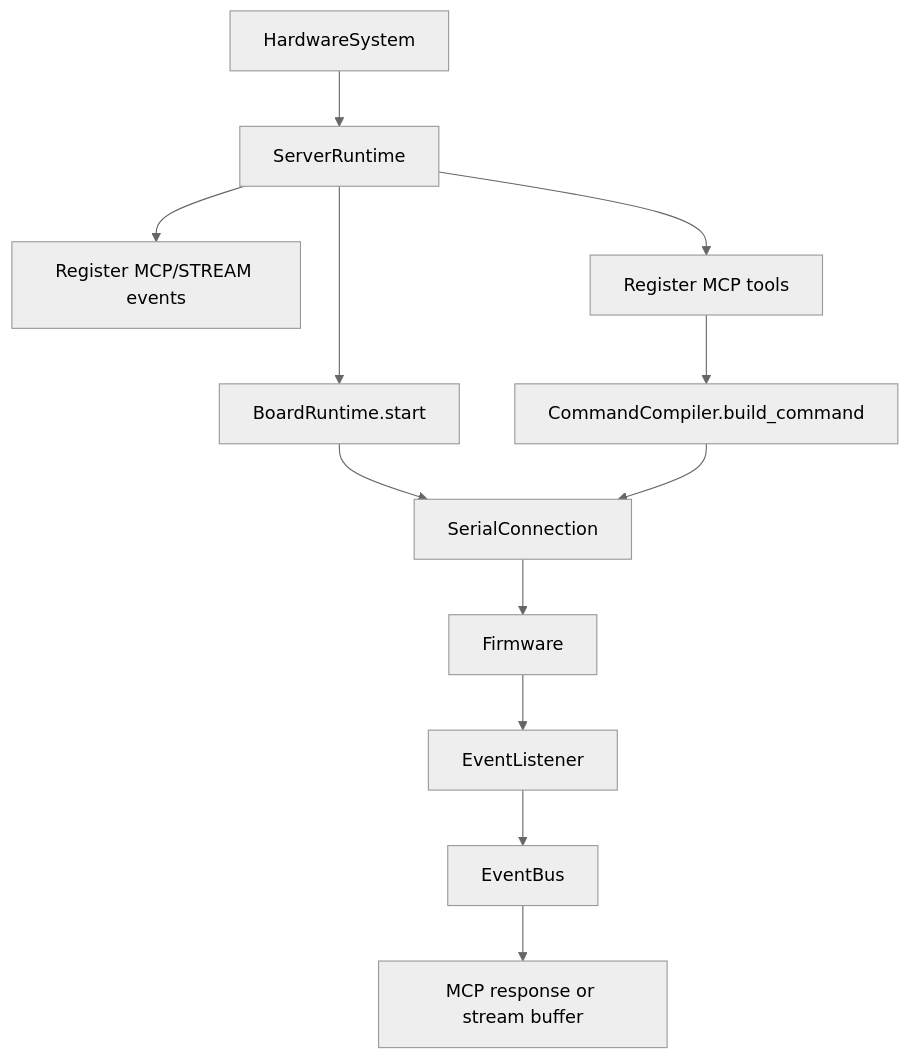
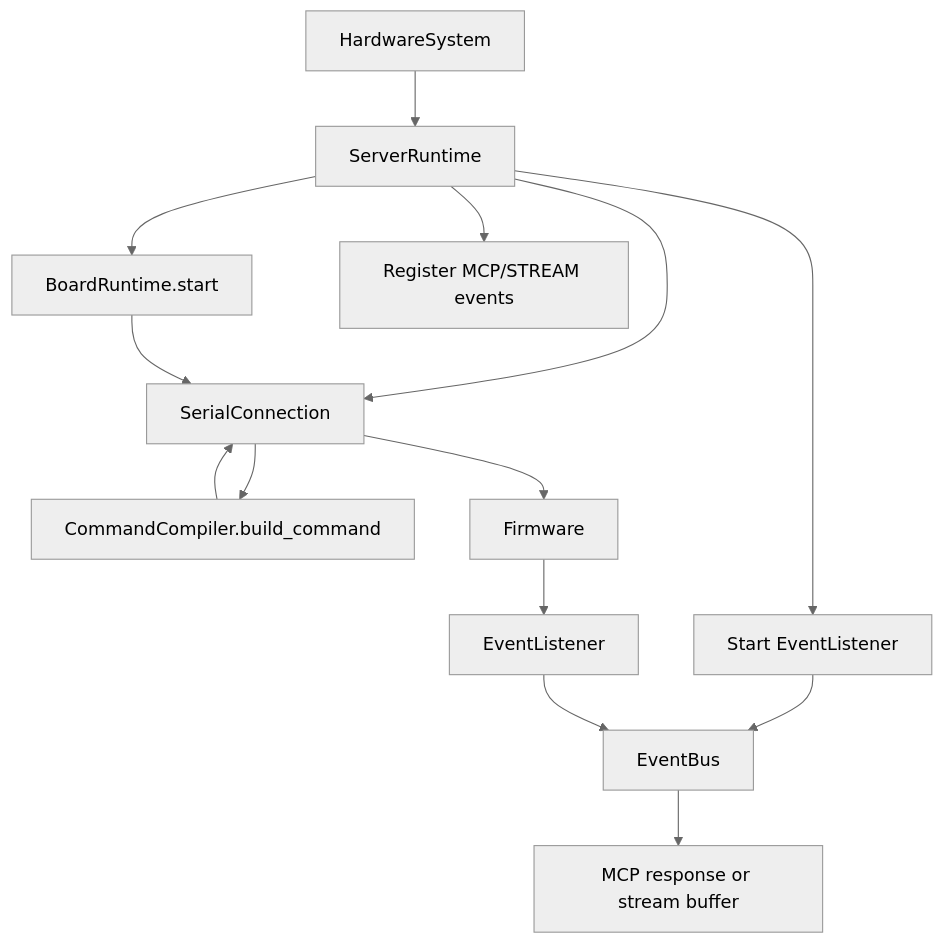
One commit to BaronLiu1993/gerbera changed the diagram in src/gerbera_sdk/models/runtime/README.md. Above: the diagram before and after it, drawn with Mermaid (neutral theme). The commit also changed other lines of this file and 7 other files, not shown here.

````diff
--- a/src/gerbera_sdk/models/runtime/README.md
+++ b/src/gerbera_sdk/models/runtime/README.md
@@ -66,14 +58,16 @@
 ```mermaid
 flowchart TD
     A[HardwareSystem] --> B[ServerRuntime]
     B --> C[BoardRuntime.start]
     B --> D[Register MCP/STREAM events]
-    B --> E[Register MCP tools]
+    B --> E[Start EventListener]
+    B --> F[Register MCP tools]
     C --> F[SerialConnection]
-    E --> G[CommandCompiler.build_command]
+    F --> G[CommandCompiler.build_command]
     G --> F
     F --> H[Firmware]
-    H --> I[EventListener]
-    I --> J[EventBus]
-    J --> K[MCP response or stream buffer]
+    E --> I[EventBus]
+    H --> J[EventListener]
+    J --> I
+    I --> K[MCP response or stream buffer]
 ```
````
